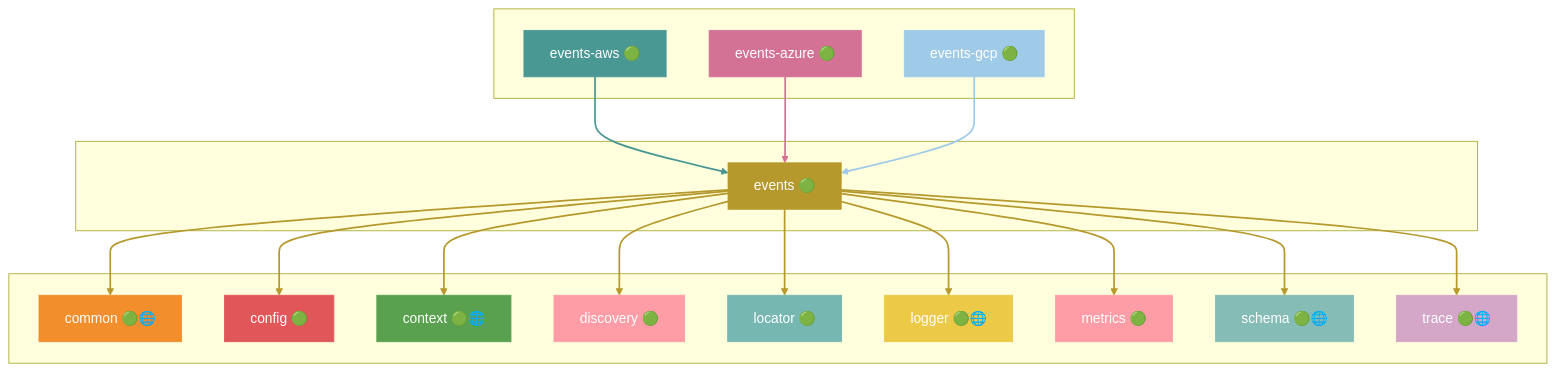
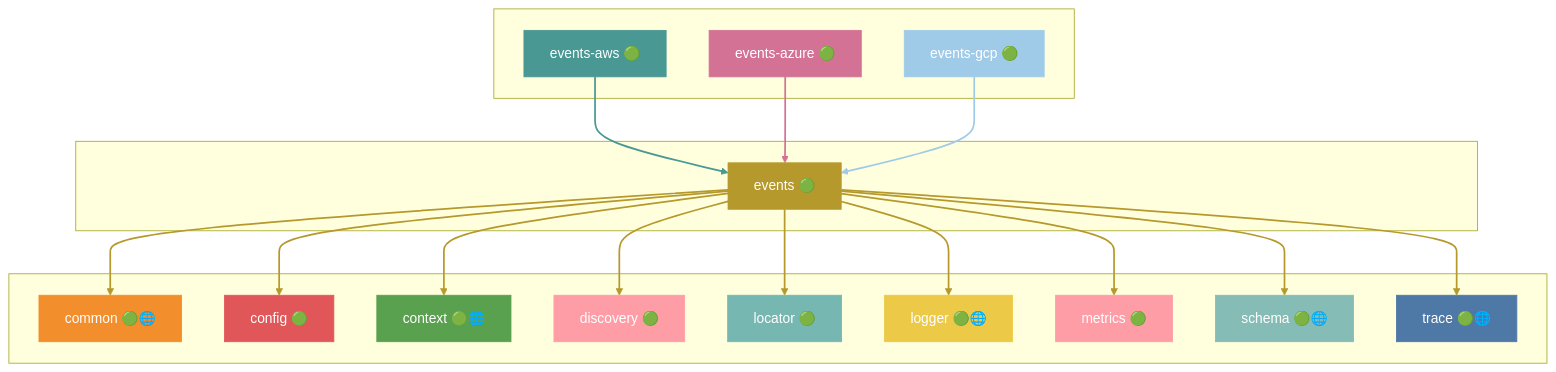
Diagram 14 of 41 in docs/DEPENDENCIES.md (grest-ts/grest-ts), drawn with Mermaid before and after one commit. The commit also changed other lines of this file and 31 other files, not shown here.

````diff
--- a/docs/DEPENDENCIES.md
+++ b/docs/DEPENDENCIES.md
@@ -783,59 +785,59 @@
 ```mermaid
 flowchart TB
     subgraph Dependents[" "]
         events-aws["events-aws 🟢"]
         events-azure["events-azure 🟢"]
         events-gcp["events-gcp 🟢"]
     end
     subgraph Package[" "]
         events["events 🟢"]
     end
     subgraph Dependencies[" "]
         common["common 🟢🌐"]
         config["config 🟢"]
         context["context 🟢🌐"]
         discovery["discovery 🟢"]
         locator["locator 🟢"]
         logger["logger 🟢🌐"]
         metrics["metrics 🟢"]
         schema["schema 🟢🌐"]
         trace["trace 🟢🌐"]
     end
     events-aws --> events
     events-azure --> events
     events-gcp --> events
     events --> common
     events --> config
     events --> context
     events --> discovery
     events --> locator
     events --> logger
     events --> metrics
     events --> schema
     events --> trace
     style events fill:#B6992D,stroke:#B6992D,color:#fff
     style events-aws fill:#499894,stroke:#499894,color:#fff
     style events-azure fill:#D37295,stroke:#D37295,color:#fff
     style events-gcp fill:#A0CBE8,stroke:#A0CBE8,color:#fff
     style common fill:#F28E2B,stroke:#F28E2B,color:#fff
     style config fill:#E15759,stroke:#E15759,color:#fff
     style context fill:#59A14F,stroke:#59A14F,color:#fff
     style discovery fill:#FF9DA7,stroke:#FF9DA7,color:#fff
     style locator fill:#76B7B2,stroke:#76B7B2,color:#fff
     style logger fill:#EDC948,stroke:#EDC948,color:#fff
     style metrics fill:#FF9DA7,stroke:#FF9DA7,color:#fff
     style schema fill:#86BCB6,stroke:#86BCB6,color:#fff
-    style trace fill:#D4A6C8,stroke:#D4A6C8,color:#fff
+    style trace fill:#4E79A7,stroke:#4E79A7,color:#fff
     linkStyle 0 stroke:#499894,stroke-width:2px
     linkStyle 1 stroke:#D37295,stroke-width:2px
     linkStyle 2 stroke:#A0CBE8,stroke-width:2px
     linkStyle 3 stroke:#B6992D,stroke-width:2px
     linkStyle 4 stroke:#B6992D,stroke-width:2px
     linkStyle 5 stroke:#B6992D,stroke-width:2px
     linkStyle 6 stroke:#B6992D,stroke-width:2px
     linkStyle 7 stroke:#B6992D,stroke-width:2px
     linkStyle 8 stroke:#B6992D,stroke-width:2px
     linkStyle 9 stroke:#B6992D,stroke-width:2px
     linkStyle 10 stroke:#B6992D,stroke-width:2px
     linkStyle 11 stroke:#B6992D,stroke-width:2px
 ```
````
